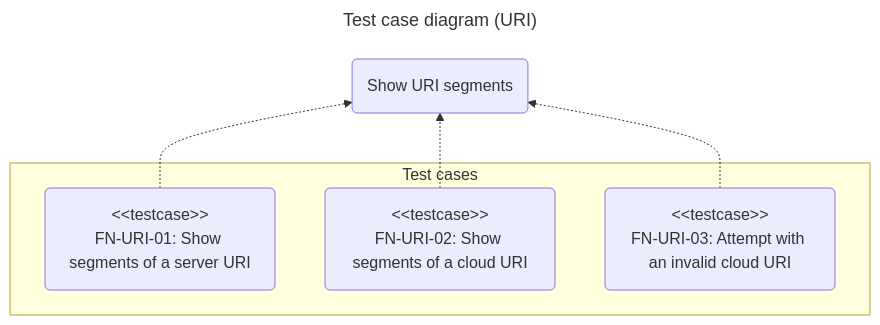
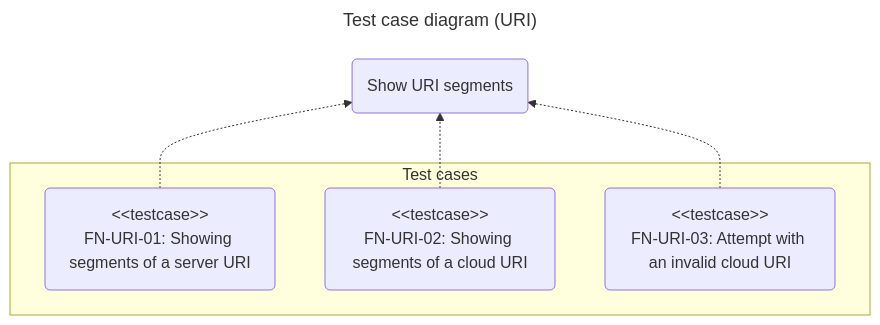
Before and after one commit to chromiodev/chromie-tool: the fourth of 8 diagrams in docs/spec/tests/functional.en.md, drawn with Mermaid. The commit also changed other lines of this file and 5 other files, not shown here.

````diff
--- a/docs/spec/tests/functional.en.md
+++ b/docs/spec/tests/functional.en.md
@@ -380,20 +433,20 @@
 ```mermaid
 ---
 title: Test case diagram (URI)
 config:
 ---
 
 graph BT
   %% use cases
   printUri@{ shape: "rounded", label: "Show URI segments" }
 
   subgraph "Test cases"
-    printServerUri@{ shape: "rounded", label: "#lt;#lt;testcase>><br>FN-URI-01: Show segments of a server URI" }
-    printCloudUri@{ shape: "rounded", label: "#lt;#lt;testcase>><br>FN-URI-02: Show segments of a cloud URI" }
+    printServerUri@{ shape: "rounded", label: "#lt;#lt;testcase>><br>FN-URI-01: Showing segments of a server URI" }
+    printCloudUri@{ shape: "rounded", label: "#lt;#lt;testcase>><br>FN-URI-02: Showing segments of a cloud URI" }
     invalidCloudUri@{ shape: "rounded", label: "#lt;#lt;testcase>><br>FN-URI-03: Attempt with an invalid cloud URI" }
   end
 
   printServerUri -.-> printUri
   printCloudUri -.-> printUri
   invalidCloudUri -.-> printUri
 ```
````
